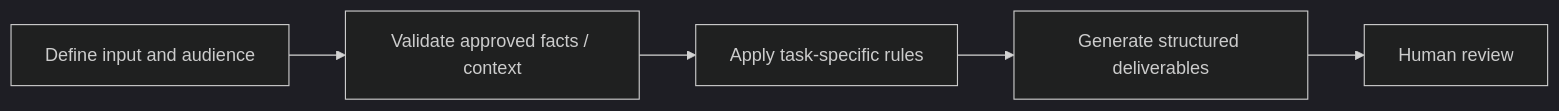
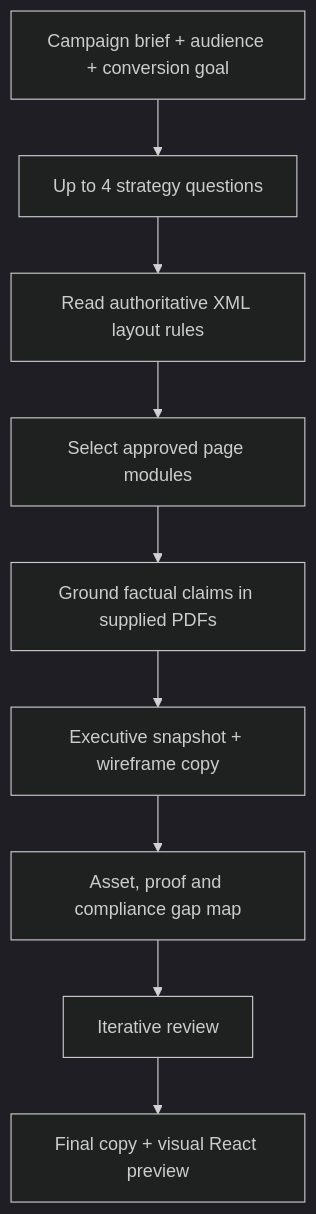
Before and after one commit to jtwood7/ai-growth-automation-portfolio: the diagram in marketing/landing-page-architecture.md, drawn with Mermaid (dark theme). The commit also changed other lines of this file, not shown here.

Commit message:
Ground marketing case study in tool-card workflow and operational value

````diff
--- a/marketing/landing-page-architecture.md
+++ b/marketing/landing-page-architecture.md
@@ -11,7 +13,11 @@
 ```mermaid
-flowchart LR
- A["Define input and audience"] --> B["Validate approved facts / context"]
- B --> C["Apply task-specific rules"]
- C --> D["Generate structured deliverables"]
- D --> E["Human review"]
+flowchart TD
+ A["Campaign brief + audience + conversion goal"] --> B["Up to 4 strategy questions"]
+ B --> C["Read authoritative XML layout rules"]
+ C --> D["Select approved page modules"]
+ D --> E["Ground factual claims in supplied PDFs"]
+ E --> F["Executive snapshot + wireframe copy"]
+ F --> G["Asset, proof and compliance gap map"]
+ G --> H["Iterative review"]
+ H --> I["Final copy + visual React preview"]
 ```
````
